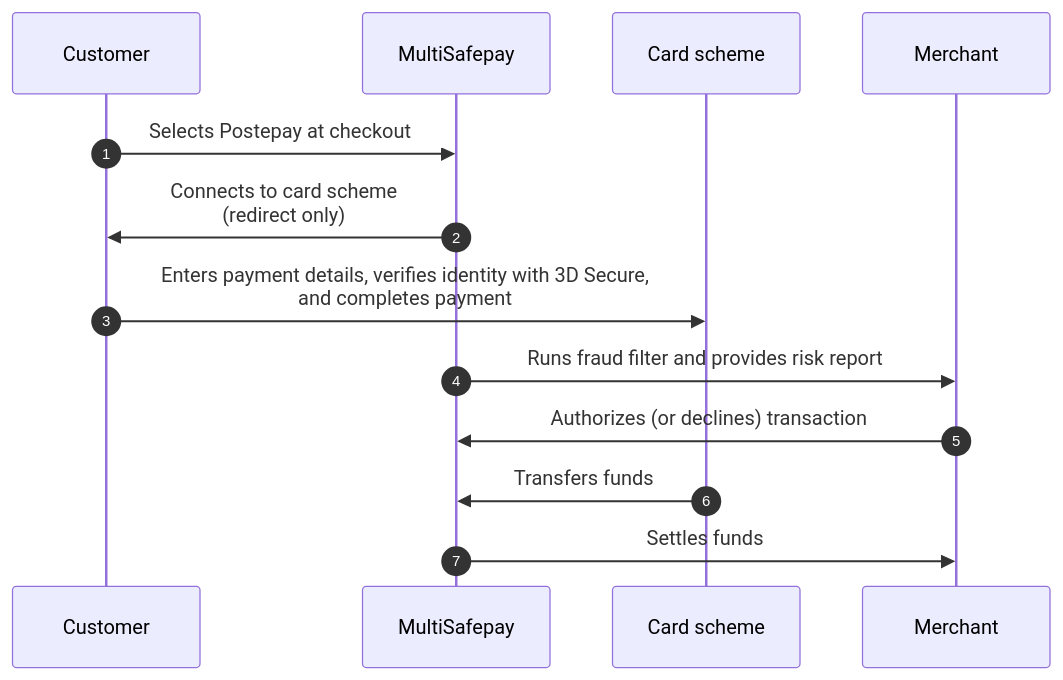
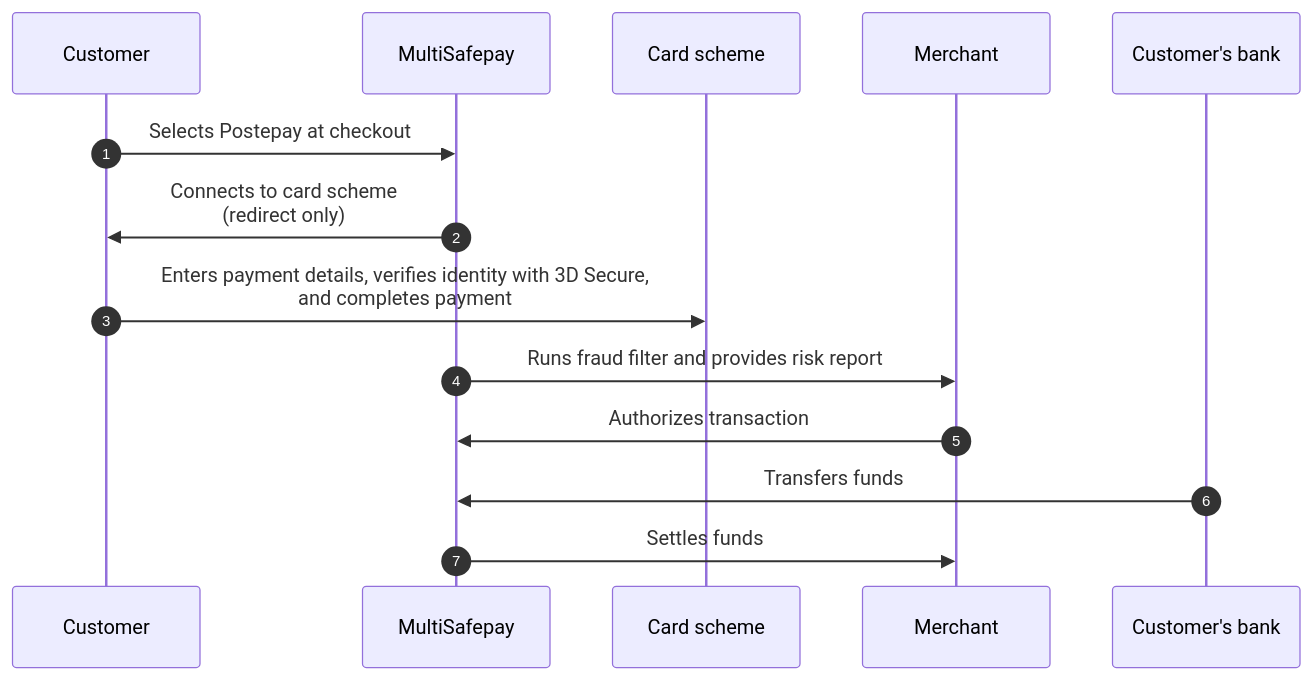
One commit to MultiSafepay/docs changed the diagram in content/payments/methods/prepaid-cards/postepay/payment-flow.md. Above: the diagram before and after it, drawn with Mermaid. The commit also changed other lines of this file and 37 other files, not shown here.

```diff
--- a/content/payments/methods/prepaid-cards/postepay/payment-flow.md
+++ b/content/payments/methods/prepaid-cards/postepay/payment-flow.md
@@ -16,18 +16,19 @@
 {{< mermaid class="text-center" >}}
 
 sequenceDiagram
     autonumber
     participant C as Customer
     participant Mu as MultiSafepay
     participant CS as Card scheme
     participant Me as Merchant
+    participant CB as Customer's bank
 
     C->>Mu: Selects Postepay at checkout
     Mu->>C: Connects to card scheme <br> (redirect only)
     C->>CS: Enters payment details, verifies identity with  3D Secure, <br> and completes payment
     Mu->>Me: Runs fraud filter and provides risk report
-    Me->>Mu: Authorizes (or declines) transaction
-    CS->>Mu: Transfers funds 
+    Me->>Mu: Authorizes transaction
+    CB->>Mu: Transfers funds 
     Mu->>Me: Settles funds
 
 {{< /mermaid >}}
```
